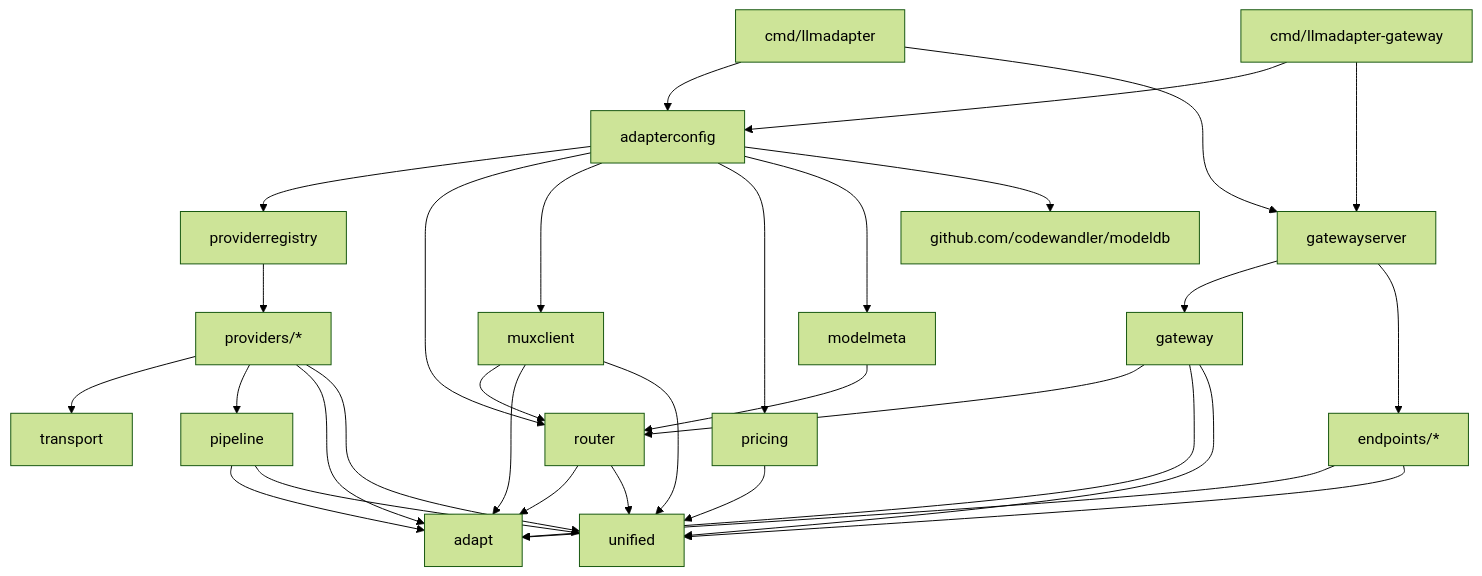
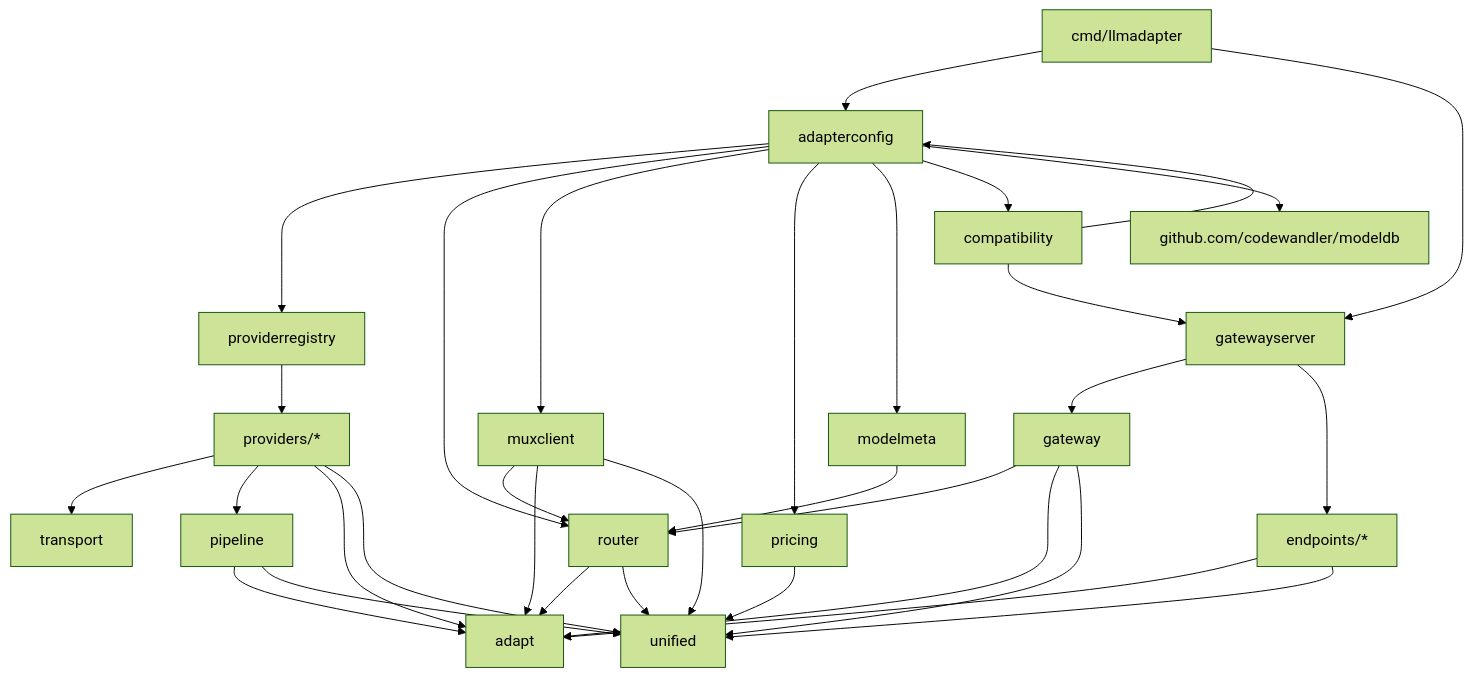
Before and after one commit to codewandler/llmadapter: the diagram in docs/ARCHITECTURE.md, drawn with Mermaid (forest theme). The commit also changed other lines of this file and 21 other files, not shown here.

````diff
--- a/docs/ARCHITECTURE.md
+++ b/docs/ARCHITECTURE.md
@@ -128,40 +130,41 @@
 ```mermaid
 flowchart TB
   CLI[cmd/llmadapter] --> Config[adapterconfig]
   CLI --> Server[gatewayserver]
   Compat[cmd/llmadapter-gateway] --> Config
   Compat --> Server
 
   Server --> Gateway[gateway]
   Server --> Endpoints[endpoints/*]
   Gateway --> Router[router]
   Gateway --> Adapt[adapt]
   Gateway --> Unified[unified]
 
   Config --> Registry[providerregistry]
   Config --> Router
   Config --> Mux[muxclient]
   Config --> Pricing[pricing]
   Config --> Meta[modelmeta]
+  Config --> Compat[compatibility]
   Config --> ModelDB[github.com/codewandler/modeldb]
 
   Mux --> Router
   Mux --> Adapt
   Mux --> Unified
 
   Registry --> Providers[providers/*]
   Providers --> Transport[transport]
   Providers --> Pipeline[pipeline]
   Providers --> Adapt
   Providers --> Unified
 
   Endpoints --> Adapt
   Endpoints --> Unified
 
   Router --> Adapt
   Router --> Unified
   Pipeline --> Adapt
   Pipeline --> Unified
   Pricing --> Unified
   Meta --> Router
 ```
````
